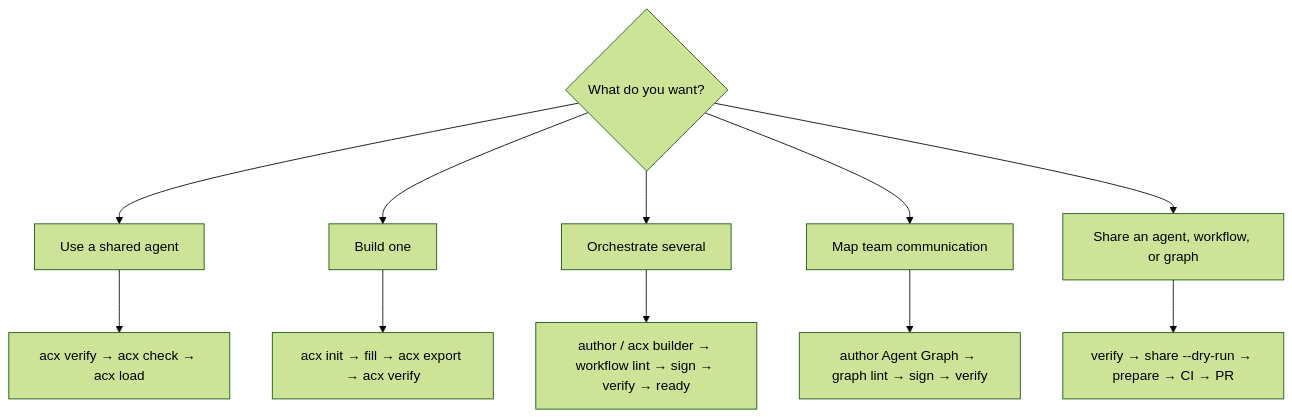
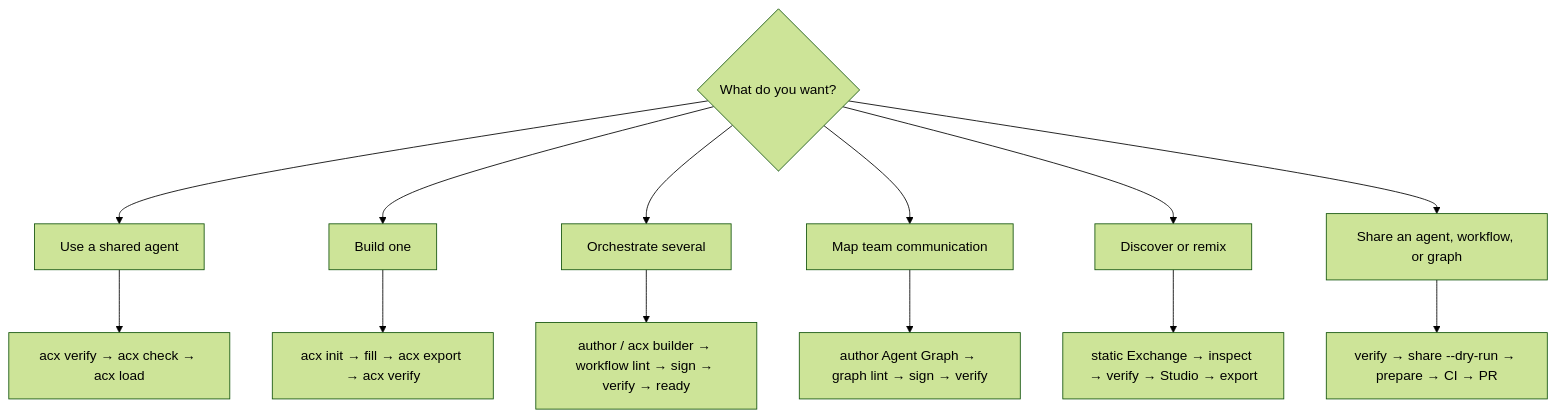
Before and after one commit to lboel/acx: the diagram in docs-site/docs/reference/for-agents.md, drawn with Mermaid (forest theme). The commit also changed other lines of this file and 108 other files, not shown here.

````diff
--- a/docs-site/docs/reference/for-agents.md
+++ b/docs-site/docs/reference/for-agents.md
@@ -56,13 +58,15 @@
 ```mermaid
 flowchart TD
   Q{What do you want?} --> use[Use a shared agent]
   Q --> make[Build one]
   Q --> team[Orchestrate several]
   Q --> map[Map team communication]
+  Q --> remix[Discover or remix]
   Q --> share[Share an agent, workflow, or graph]
   use --> v["acx verify → acx check → acx load"]
   make --> i["acx init → fill → acx export → acx verify"]
   team --> c["author / acx builder → workflow lint → sign → verify → ready"]
   map --> g["author Agent Graph → graph lint → sign → verify"]
+  remix --> r["static Exchange → inspect → verify → Studio → export"]
   share --> s["verify → share --dry-run → prepare → CI → PR"]
 ```
````
